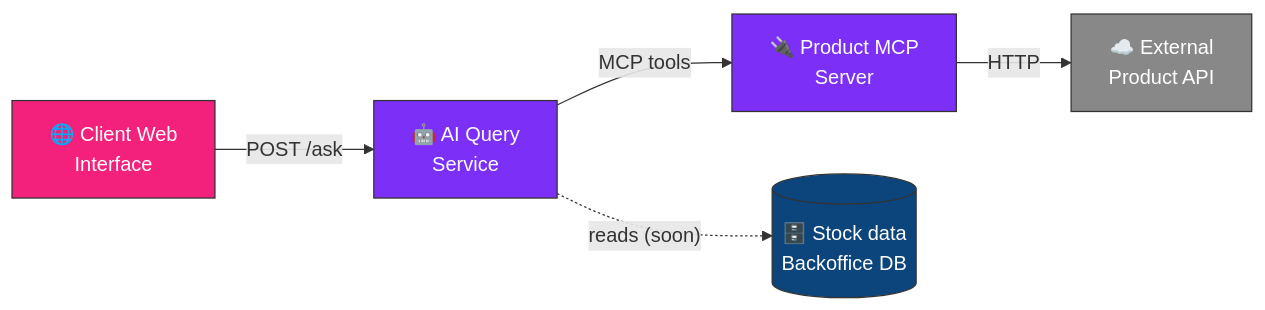
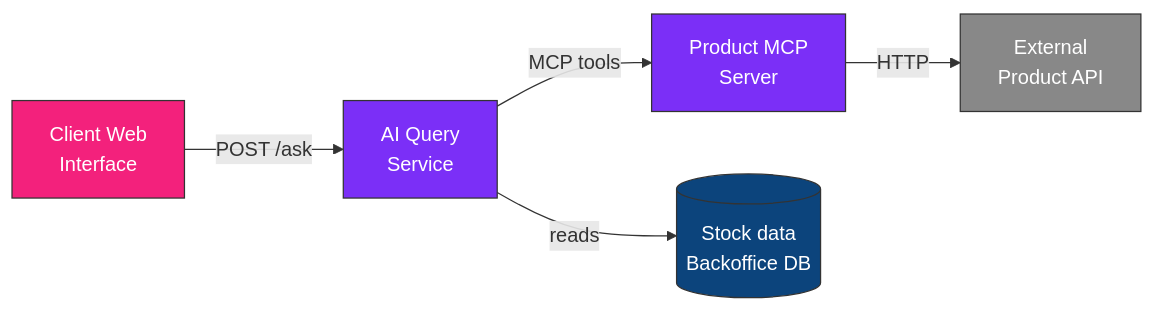
The first of 2 diagrams in inventory-management-system/ai_service/README.md (Lunaruo/hbntory-inventory-platform), drawn with Mermaid before and after one commit. The commit also changed other lines of this file, not shown here.

````diff
--- a/inventory-management-system/ai_service/README.md
+++ b/inventory-management-system/ai_service/README.md
@@ -46,13 +46,13 @@
 ```mermaid
 flowchart LR
-    Client["🌐 Client Web<br/>Interface"] -->|"POST /ask"| Service["🤖 AI Query<br/>Service"]
-    Service -->|"MCP tools"| MCP["🔌 Product MCP<br/>Server"]
-    MCP -->|"HTTP"| API["☁️ External<br/>Product API"]
-    Service -.->|"reads (soon)"| DB[("🗄️ Stock data<br/>Backoffice DB")]
+    Client["Client Web<br/>Interface"] -->|"POST /ask"| Service["AI Query<br/>Service"]
+    Service -->|"MCP tools"| MCP["Product MCP<br/>Server"]
+    MCP -->|"HTTP"| API["External<br/>Product API"]
+    Service -->|"reads"| DB[("Stock data<br/>Backoffice DB")]
 
     style Client fill:#F3217C,color:#fff,stroke:#333
     style Service fill:#7B2FF7,color:#fff,stroke:#333
     style MCP fill:#7B2FF7,color:#fff,stroke:#333
     style API fill:#888,color:#fff,stroke:#333
     style DB fill:#0C447C,color:#fff,stroke:#333
 ```
````
